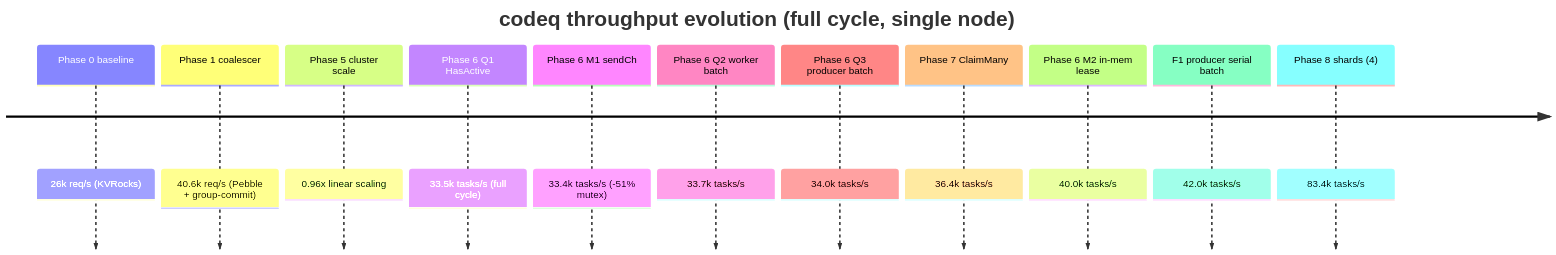
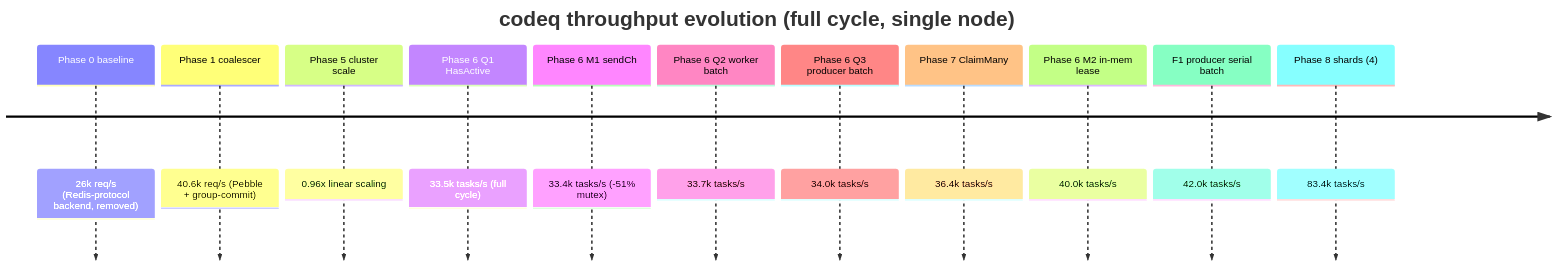
One commit to osvaldoandrade/codeq changed the first of 2 diagrams in docs/17-performance-tuning.md. Above: the diagram before and after it, drawn with Mermaid. The commit also changed other lines of this file and 70 other files, not shown here.

````diff
--- a/docs/17-performance-tuning.md
+++ b/docs/17-performance-tuning.md
@@ -9,15 +9,15 @@
 ```mermaid
 timeline
   title codeq throughput evolution (full cycle, single node)
-  Phase 0 baseline : 26k req/s (KVRocks)
+  Phase 0 baseline : 26k req/s (Redis-protocol backend, removed)
   Phase 1 coalescer : 40.6k req/s (Pebble + group-commit)
   Phase 5 cluster scale : 0.96x linear scaling
   Phase 6 Q1 HasActive : 33.5k tasks/s (full cycle)
   Phase 6 M1 sendCh : 33.4k tasks/s (-51% mutex)
   Phase 6 Q2 worker batch : 33.7k tasks/s
   Phase 6 Q3 producer batch : 34.0k tasks/s
   Phase 7 ClaimMany : 36.4k tasks/s
   Phase 6 M2 in-mem lease : 40.0k tasks/s
   F1 producer serial batch : 42.0k tasks/s
   Phase 8 shards (4) : 83.4k tasks/s
 ```
````
